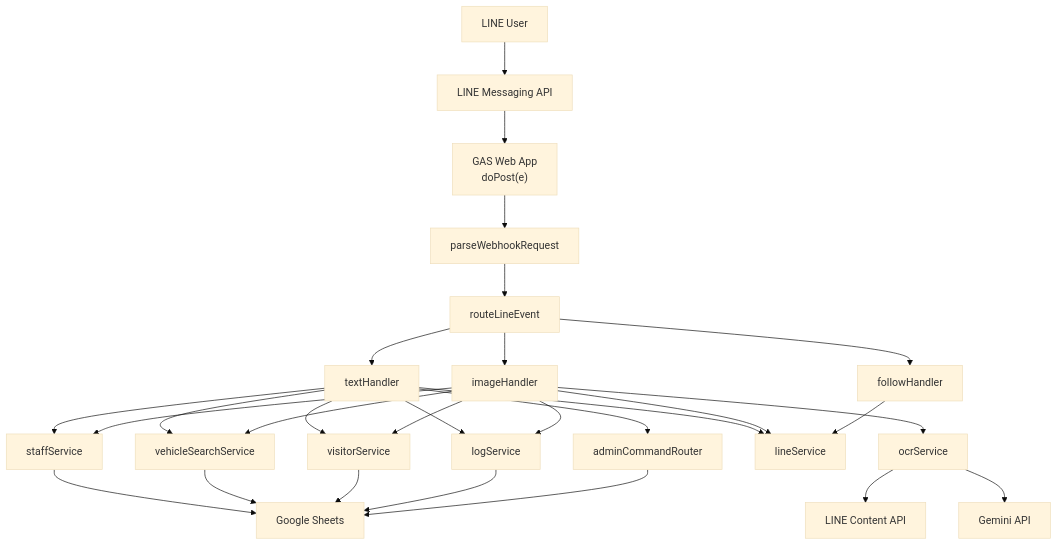
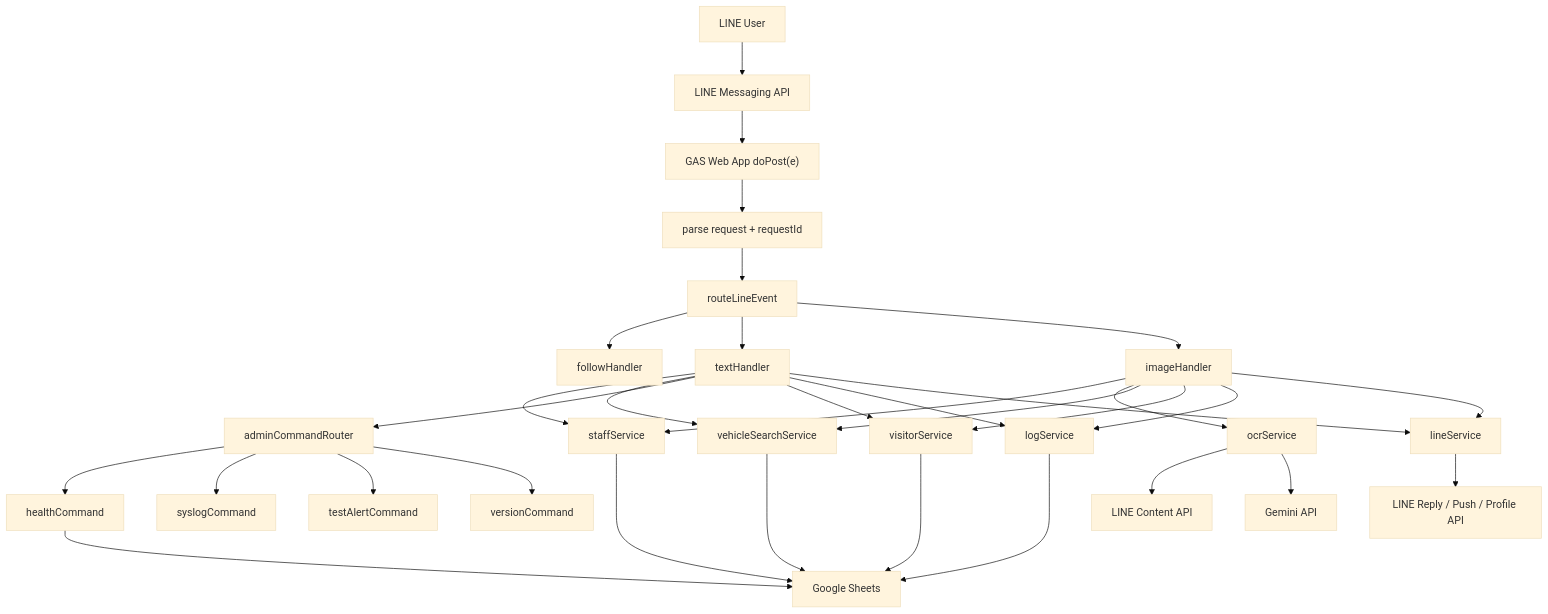
One commit to triphopy/village_vehicle_koolpuntville10 changed the first of 8 diagrams in docs/architecture-flow.md. Above: the diagram before and after it, drawn with Mermaid (base theme). The commit also changed other lines of this file and 5 other files, not shown here.

````diff
--- a/docs/architecture-flow.md
+++ b/docs/architecture-flow.md
@@ -7,34 +7,39 @@
 ```mermaid
 flowchart TD
     U["LINE User"] --> LINE["LINE Messaging API"]
-    LINE --> WEBHOOK["GAS Web App<br/>doPost(e)"]
-    WEBHOOK --> PARSE["parseWebhookRequest"]
+    LINE --> WEBHOOK["GAS Web App doPost(e)"]
+    WEBHOOK --> PARSE["parse request + requestId"]
     PARSE --> ROUTER["routeLineEvent"]
 
     ROUTER --> FOLLOW["followHandler"]
     ROUTER --> TEXT["textHandler"]
     ROUTER --> IMAGE["imageHandler"]
 
     TEXT --> STAFF["staffService"]
     TEXT --> SEARCH["vehicleSearchService"]
     TEXT --> ADMIN["adminCommandRouter"]
-    TEXT --> TRACK["visitorService"]
+    TEXT --> VISITOR["visitorService"]
     TEXT --> LOG["logService"]
     TEXT --> LINEAPI["lineService"]
 
     IMAGE --> STAFF
     IMAGE --> OCR["ocrService"]
     IMAGE --> SEARCH
-    IMAGE --> TRACK
+    IMAGE --> VISITOR
     IMAGE --> LOG
     IMAGE --> LINEAPI
 
-    FOLLOW --> LINEAPI
+    ADMIN --> HEALTH["healthCommand"]
+    ADMIN --> SYSLOG["syslogCommand"]
+    ADMIN --> TESTALERT["testAlertCommand"]
+    ADMIN --> VERSION["versionCommand"]
+
     STAFF --> SHEETS["Google Sheets"]
     SEARCH --> SHEETS
-    TRACK --> SHEETS
+    VISITOR --> SHEETS
     LOG --> SHEETS
-    ADMIN --> SHEETS
+    HEALTH --> SHEETS
     OCR --> LINECONTENT["LINE Content API"]
     OCR --> GEMINI["Gemini API"]
+    LINEAPI --> LINEHTTP["LINE Reply / Push / Profile API"]
 ```
````
